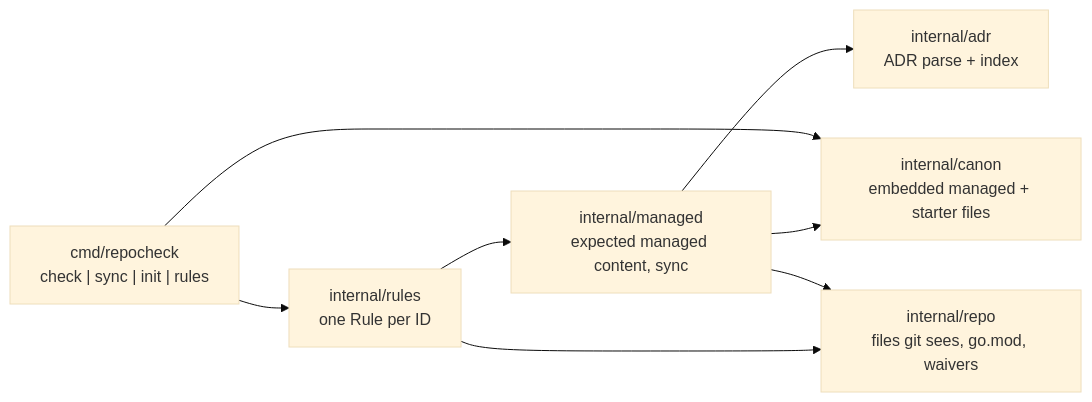
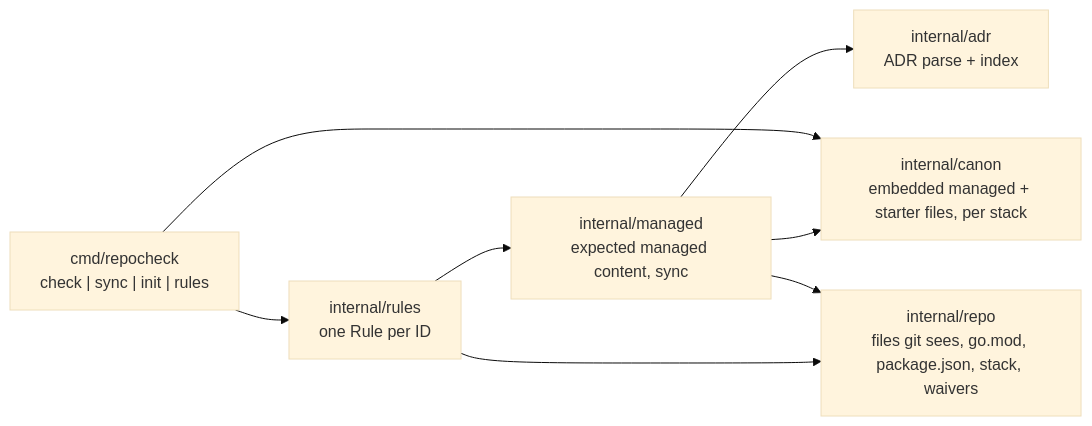
The diagram in DESIGN.md (discobox-ai/repostd), drawn with Mermaid (base theme) before and after one commit. The commit also changed other lines of this file and 57 other files, not shown here.

````diff
--- a/DESIGN.md
+++ b/DESIGN.md
@@ -9,14 +9,14 @@
 ```mermaid
 flowchart LR
-    canon["internal/canon<br/>embedded managed + starter files"]
-    repo["internal/repo<br/>files git sees, go.mod, waivers"]
+    canon["internal/canon<br/>embedded managed + starter files, per stack"]
+    repo["internal/repo<br/>files git sees, go.mod, package.json, stack, waivers"]
     managed["internal/managed<br/>expected managed content, sync"]
     adr["internal/adr<br/>ADR parse + index"]
     rules["internal/rules<br/>one Rule per ID"]
     cli["cmd/repocheck<br/>check | sync | init | rules"]
     cli --> rules --> managed --> canon
     rules --> repo
     managed --> adr
     managed --> repo
     cli --> canon
 ```
````
